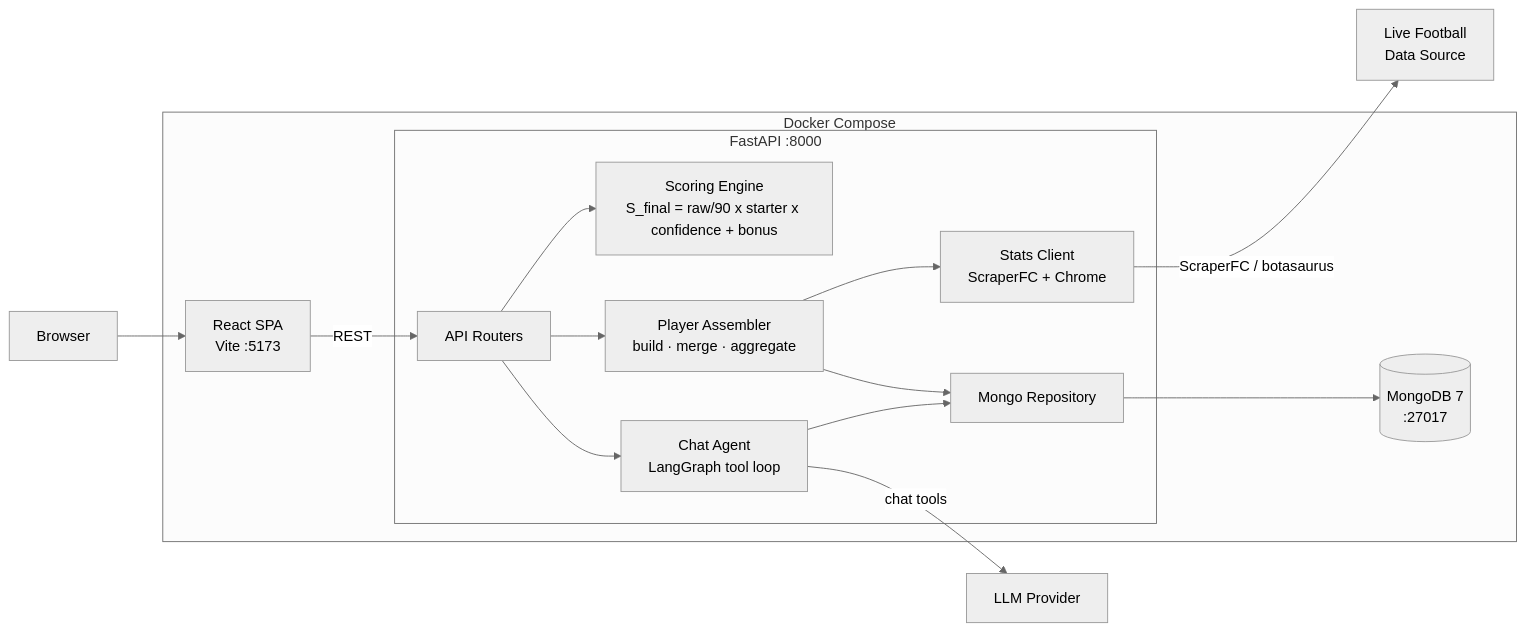
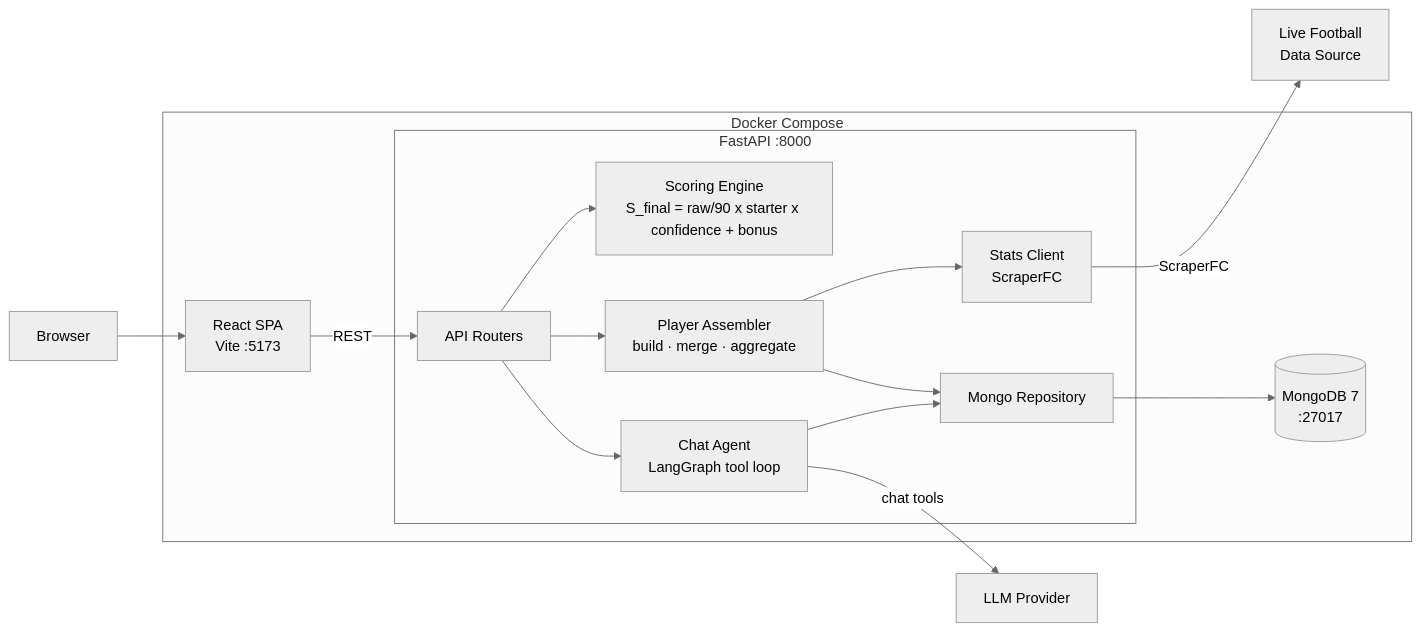
The diagram in README.md (YonatanHen/Football-Analytics), drawn with Mermaid (neutral theme) before and after one commit. The commit also changed other lines of this file, not shown here.

Commit message:
docs: drop botasaurus and Chromium from the README stack

````diff
--- a/README.md
+++ b/README.md
@@ -61,32 +61,32 @@
 ```mermaid
 flowchart LR
     User["Browser"]
 
     subgraph Docker["Docker Compose"]
         FE["React SPA\nVite :5173"]
         subgraph Backend["FastAPI :8000"]
             API["API Routers"]
             SE["Scoring Engine\nS_final = raw/90 x starter x confidence + bonus"]
             PA["Player Assembler\nbuild · merge · aggregate"]
-            SC["Stats Client\nScraperFC + Chrome"]
+            SC["Stats Client\nScraperFC"]
             MR["Mongo Repository"]
             CA["Chat Agent\nLangGraph tool loop"]
         end
         DB[("MongoDB 7\n:27017")]
     end
 
     EXT["Live Football\nData Source"]
     LLM["LLM Provider"]
 
     User --> FE
     FE -- REST --> API
     API --> SE
     API --> PA
     API --> CA
     PA --> SC
     PA --> MR
     CA --> MR
     CA -- "chat tools" --> LLM
     MR --> DB
-    SC -- "ScraperFC / botasaurus" --> EXT
+    SC -- "ScraperFC" --> EXT
 ```
````
